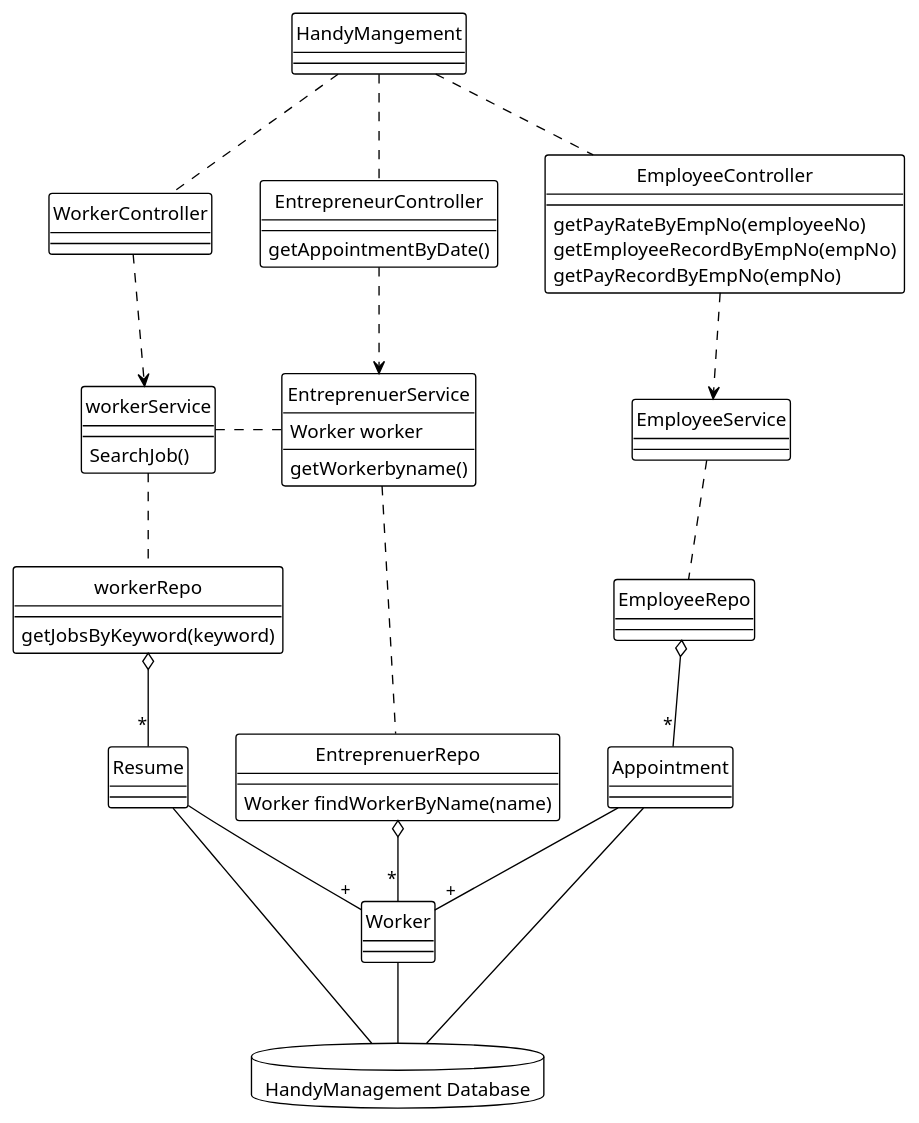
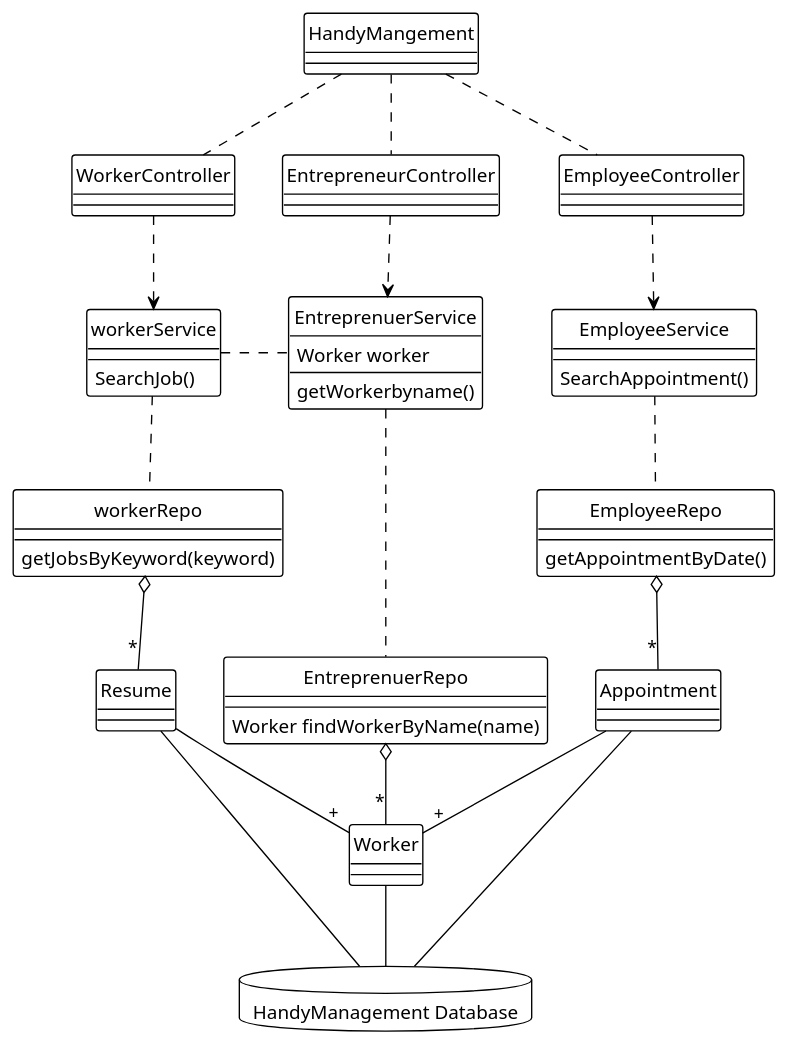
The diagram in handyManagement.puml (CPA-Developer/ProjectRepo), drawn with PlantUML before and after one commit.

Commit message:
updated puml diagram

```diff
--- a/handyManagement.puml
+++ b/handyManagement.puml
@@ -1,88 +1,92 @@
 @startuml Handy Mangement
 skinparam style Strictuml
 
 !theme plain
 
 
 class HandyMangement {
 
 }
 
 
 class WorkerController {
   
   
 
     
 }
 
 class EntrepreneurController {
-     getAppointmentByDate()
+    
     
   
 }
 
 class EmployeeController {
-    getPayRateByEmpNo(employeeNo)
-    getEmployeeRecordByEmpNo(empNo)
-    getPayRecordByEmpNo(empNo)
+   '  getPayRateByEmpNo(employeeNo)
+   '  getEmployeeRecordByEmpNo(empNo)
+   '  getPayRecordByEmpNo(empNo)
+
+    
 }
 
 class workerService{
    SearchJob()
   
 
 }
 class workerRepo{
   getJobsByKeyword(keyword)
 }
 
 class EmployeeService{
-   
+    SearchAppointment()
 }
-class EmployeeRepo{}
+class EmployeeRepo{
+   getAppointmentByDate()
+}
 
 class EntreprenuerService{
    Worker worker
     getWorkerbyname()
 }
 class EntreprenuerRepo{
    Worker findWorkerByName(name)
 }
 
 database "HandyManagement Database"{
 }
 
 workerService .right. EntreprenuerService
 
 HandyMangement .. WorkerController
 HandyMangement .. EntrepreneurController
 HandyMangement .. EmployeeController
 
 
 WorkerController ..> workerService
 EntrepreneurController ..> EntreprenuerService
 EmployeeController ..> EmployeeService
 
 
 workerService .. workerRepo
 EmployeeService .. EmployeeRepo
 EntreprenuerService .. EntreprenuerRepo
 
 workerRepo o--"*" Resume 
 EntreprenuerRepo o--"*" Worker 
 
 EmployeeRepo o--"*" Appointment 
 Appointment --"+" Worker
 
 Resume --"+" Worker
 
 Worker -- "HandyManagement Database"
 Appointment -- "HandyManagement Database"
 Resume -- "HandyManagement Database"
 
 
 
 
 
 @enduml
```
